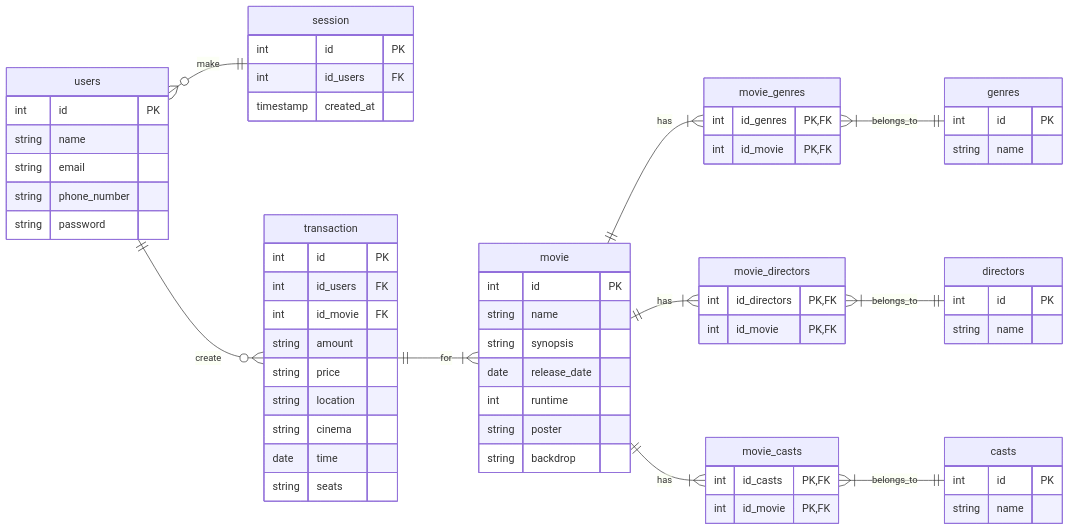
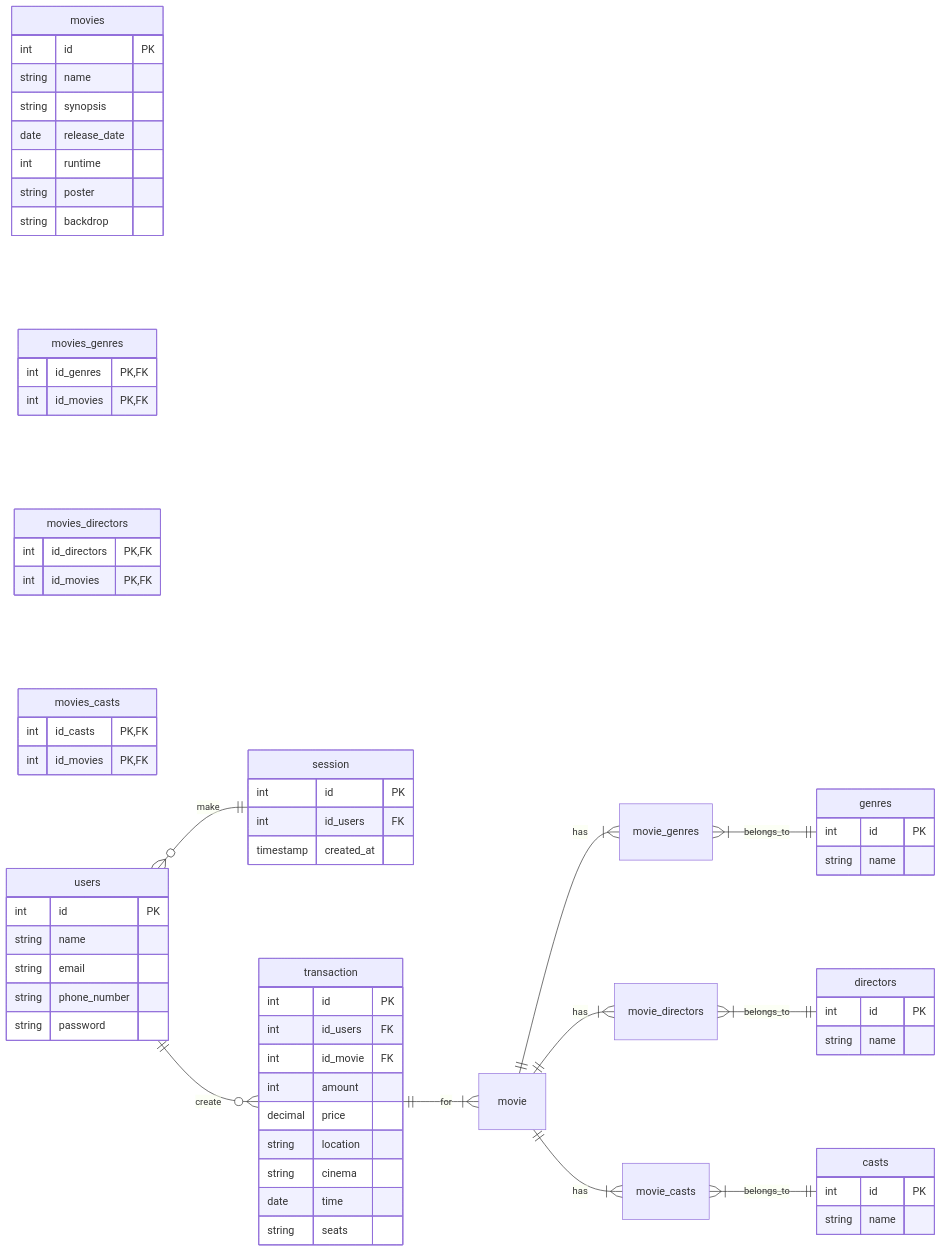
The diagram in README.md (mdavindarinaldy/fgo24-db-weeklytask), drawn with Mermaid before and after one commit.

Commit message:
docs: update ERD fix data type

````diff
--- a/README.md
+++ b/README.md
@@ -6,72 +6,72 @@
 ```mermaid
 erDiagram
     direction LR
-    movie {
+    movies {
         int id PK
         string name
         string synopsis
         date release_date
         int runtime
         string poster
         string backdrop
     }
     genres { 
         int id PK
         string name
     }
-    movie_genres {
+    movies_genres {
         int id_genres PK,FK
-        int id_movie PK,FK
+        int id_movies PK,FK
     }
     directors {
         int id PK
         string name
     }
-    movie_directors {
+    movies_directors {
         int id_directors PK,FK
-        int id_movie PK,FK
+        int id_movies PK,FK
     }
     casts {
         int id PK
         string name
     }
-    movie_casts {
+    movies_casts {
         int id_casts PK,FK
-        int id_movie PK,FK
+        int id_movies PK,FK
     }
     users {
         int id PK
         string name
         string email
         string phone_number
         string password
     }
     session {
         int id PK
         int id_users FK
         timestamp created_at
     }
     transaction {
         int id PK
         int id_users FK
         int id_movie FK
-        string amount
-        string price 
+        int amount
+        decimal price 
         string location
         string cinema
         date time
         string seats
     }
     movie ||--|{ movie_genres: has
     movie_genres }|--|| genres: belongs_to
 
     movie ||--|{ movie_directors: has
     movie_directors }|--|| directors: belongs_to
 
     movie ||--|{ movie_casts: has
     movie_casts }|--|| casts: belongs_to
 
     users }o--|| session: make
     users ||--o{ transaction: create
     transaction ||--|{ movie: for
 ```
````
